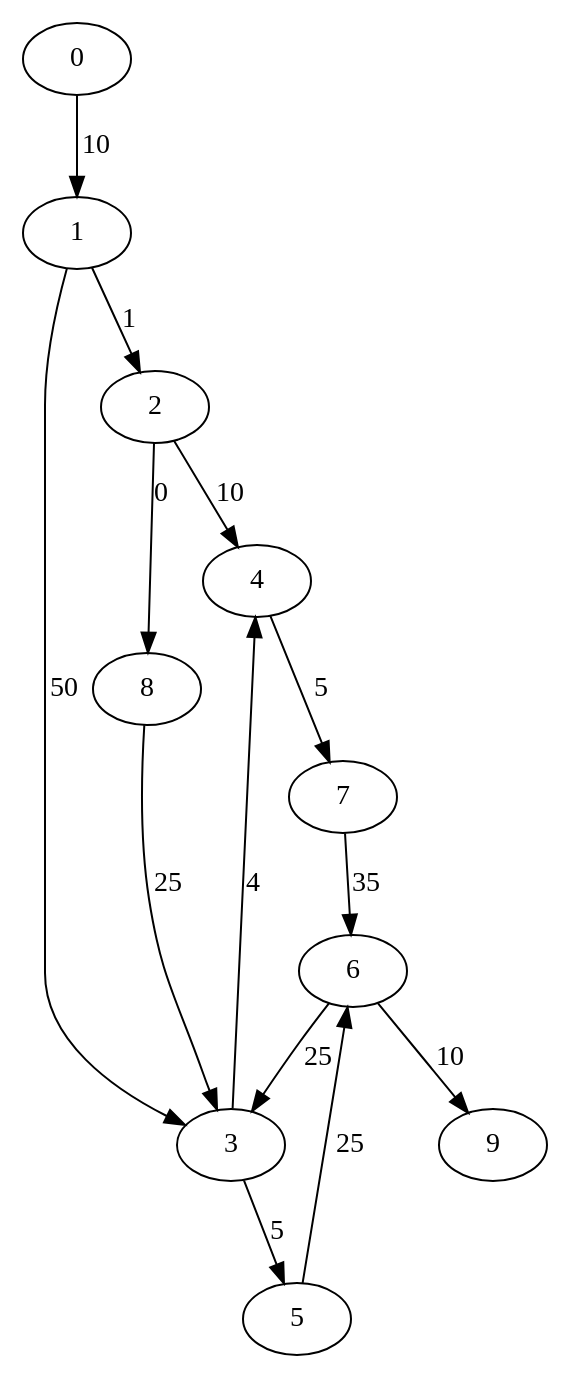
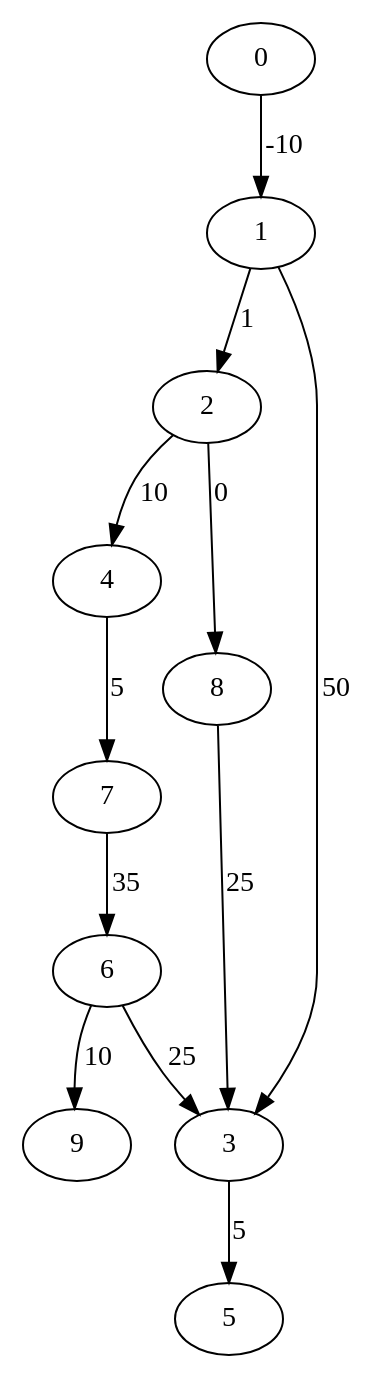
One commit to anthony93700/graphe changed the diagram in graphe.dot. Above: the diagram before and after it, drawn with Graphviz. The commit also changed 9 other files, not shown here.

```diff
--- a/graphe.dot
+++ b/graphe.dot
@@ -1,15 +1,13 @@
 digraph mon_graph {
-	0 -> 1 [label=10];
+	0 -> 1 [label=-10];
 	1 -> 2 [label=1];
 	1 -> 3 [label=50];
 	2 -> 4 [label=10];
 	2 -> 8 [label=0];
-	3 -> 4 [label=4];
 	3 -> 5 [label=5];
 	4 -> 7 [label=5];
-	5 -> 6 [label=25];
 	6 -> 3 [label=25];
 	6 -> 9 [label=10];
 	7 -> 6 [label=35];
 	8 -> 3 [label=25];
 }
```
